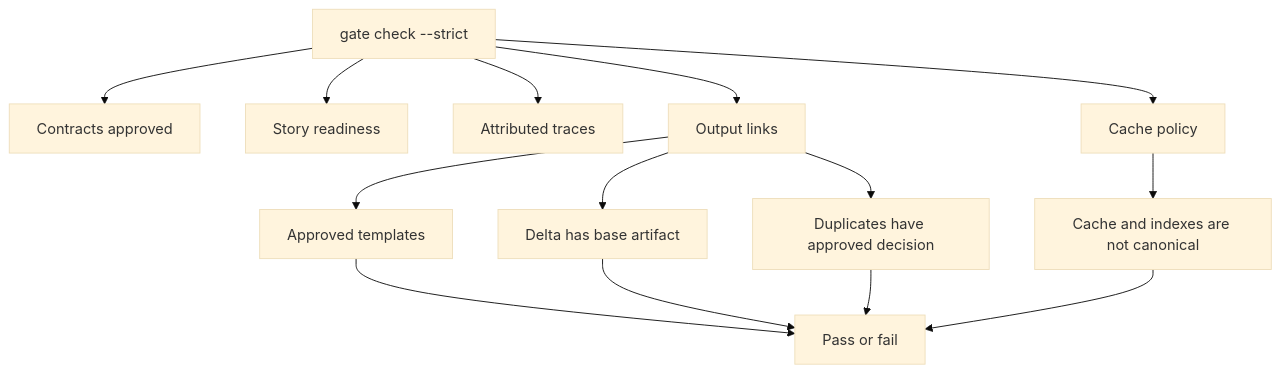
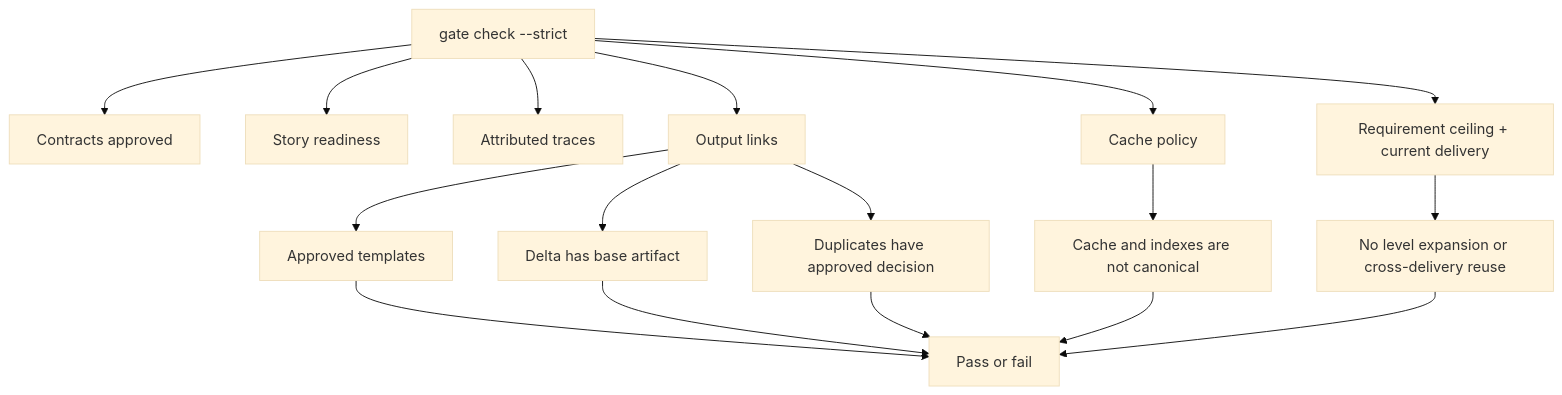
Diagram 14 of 14 in docs/architecture.md (aantenore/agentic-sdlc-codex-plugin), drawn with Mermaid (base theme) before and after one commit. The commit also changed other lines of this file and 16 other files, not shown here.

Commit message:
docs(sdlc): explain per-delivery autonomy

````diff
--- a/docs/architecture.md
+++ b/docs/architecture.md
@@ -389,18 +429,21 @@
 ```mermaid
 flowchart TB
   Gate["gate check --strict"] --> Contracts["Contracts approved"]
   Gate --> Stories["Story readiness"]
   Gate --> Traces["Attributed traces"]
   Gate --> OutputLinks["Output links"]
+  Gate --> Autonomy["Requirement ceiling + current delivery"]
   Gate --> CachePolicy["Cache policy"]
 
   OutputLinks --> Templates["Approved templates"]
   OutputLinks --> DeltaBase["Delta has base artifact"]
   OutputLinks --> DuplicatePolicy["Duplicates have approved decision"]
   CachePolicy --> NoDerivedSource["Cache and indexes are not canonical"]
+  Autonomy --> NoReuse["No level expansion or cross-delivery reuse"]
 
   Templates --> Result["Pass or fail"]
   DeltaBase --> Result
   DuplicatePolicy --> Result
   NoDerivedSource --> Result
+  NoReuse --> Result
 ```
````
